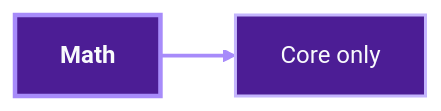
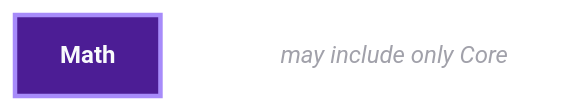
Diagram 13 of 42 in docs/architecture/system-dependencies.md (chetjones003/GoSurvey), drawn with Mermaid before and after one commit. The commit also changed other lines of this file and 3 other files, not shown here.

First line of the commit message:
tools: structure diagram generator and check it in CI

````diff
--- a/docs/architecture/system-dependencies.md
+++ b/docs/architecture/system-dependencies.md
@@ -402,9 +404,9 @@
 ```mermaid
 flowchart LR
   math__src["<b>Math</b>"]
-  math__none["Core only"]
-  math__src --> math__none
+  math__note["<i>may include only Core</i>"]
+  math__src ~~~ math__note
   style math__src fill:#4c1d95,stroke:#a78bfa,stroke-width:3px,color:#f8fafc
-  style math__none fill:#4c1d95,stroke:#c4b5fd,stroke-width:2px,color:#f8fafc
-  linkStyle 0 stroke:#a78bfa,stroke-width:2.5px
+  style math__note fill:none,stroke:none,color:#a1a1aa
+  linkStyle 0 stroke:transparent,stroke-width:2.5px
 ```
````
